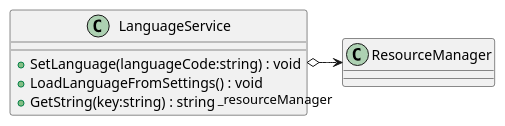
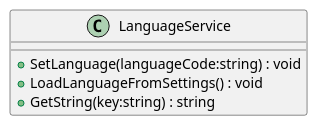
One commit to ArtyBrg/EasySave changed the diagram in EasySave_V1_1/Class Test/Services/LanguageService.puml. Above: the diagram before and after it, drawn with PlantUML. The commit also changed 63 other files, not shown here.

```diff
--- a/EasySave_V1_1/Class Test/Services/LanguageService.puml
+++ b/EasySave_V1_1/Class Test/Services/LanguageService.puml
@@ -1,8 +1,7 @@
 @startuml
 class LanguageService {
     + SetLanguage(languageCode:string) : void
     + LoadLanguageFromSettings() : void
     + GetString(key:string) : string
 }
-LanguageService o-> "_resourceManager" ResourceManager
 @enduml
```
